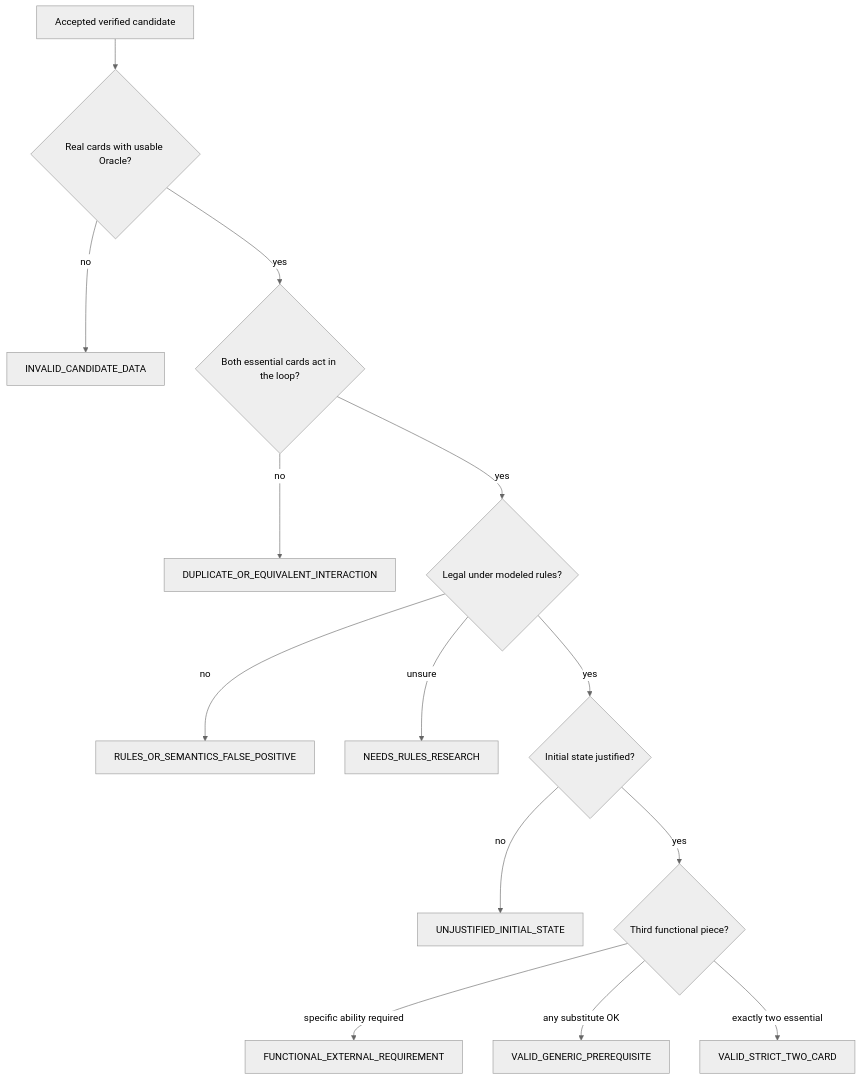
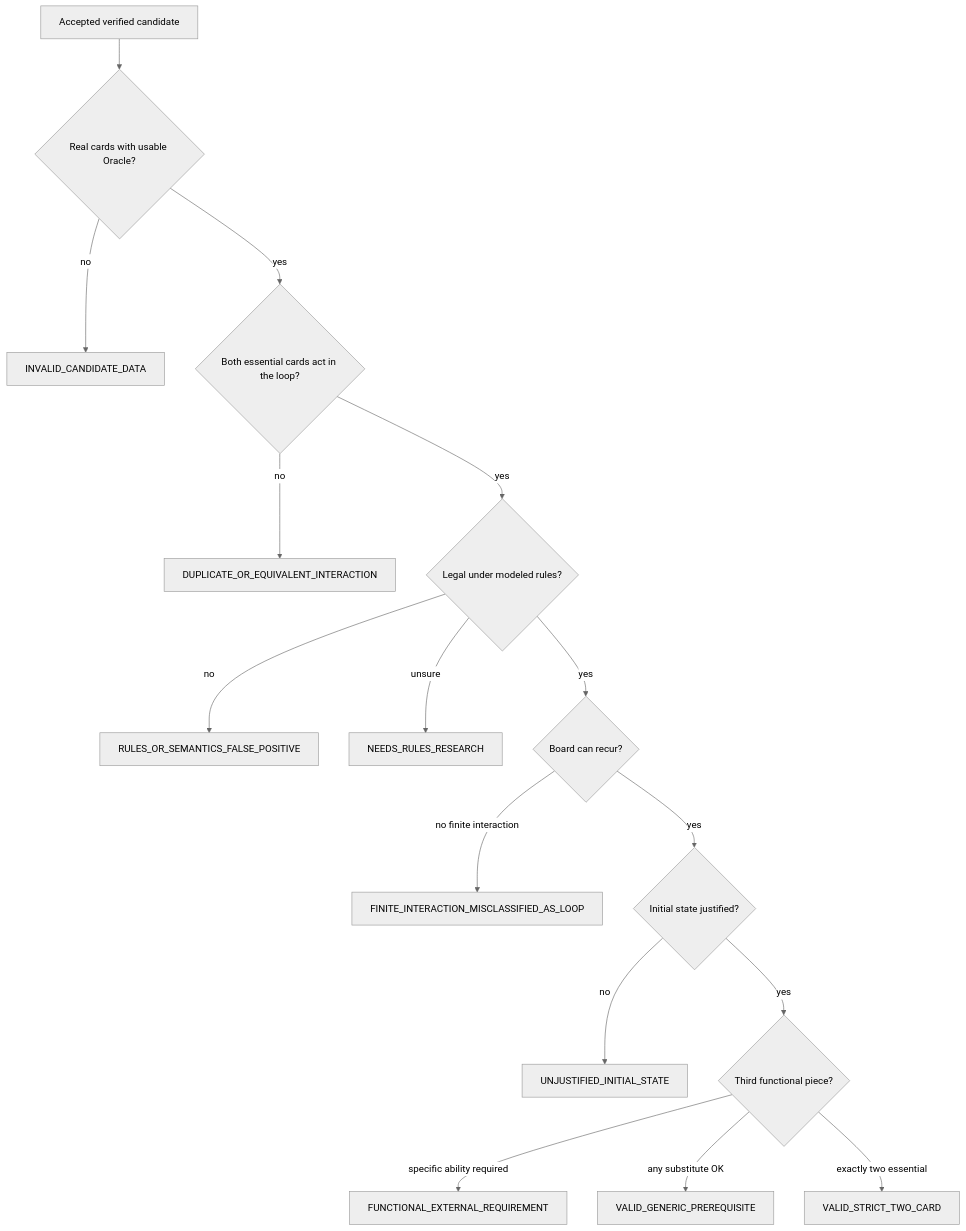
Before and after one commit to witzbeck/mtg-loop-engine: the diagram in docs/ADJUDICATION.md, drawn with Mermaid (neutral theme). The commit also changed other lines of this file and 14 other files, not shown here.

First line of the commit message:
Fix Gond host recurrence FPs and widen finite-interaction taxonomy (#22)

````diff
--- a/docs/ADJUDICATION.md
+++ b/docs/ADJUDICATION.md
@@ -11,16 +11,18 @@
 ```mermaid
 graph TB;
   cand[Accepted verified candidate] --> data{Real cards with usable Oracle?};
   data -->|no| inv[INVALID_CANDIDATE_DATA];
   data -->|yes| part{Both essential cards act in the loop?};
   part -->|no| dup[DUPLICATE_OR_EQUIVALENT_INTERACTION];
   part -->|yes| legal{Legal under modeled rules?};
   legal -->|no| fp[RULES_OR_SEMANTICS_FALSE_POSITIVE];
   legal -->|unsure| needs[NEEDS_RULES_RESEARCH];
-  legal -->|yes| setup{Initial state justified?};
+  legal -->|yes| recur{Board can recur?};
+  recur -->|no finite interaction| finite[FINITE_INTERACTION_MISCLASSIFIED_AS_LOOP];
+  recur -->|yes| setup{Initial state justified?};
   setup -->|no| unjust[UNJUSTIFIED_INITIAL_STATE];
   setup -->|yes| third{Third functional piece?};
   third -->|specific ability required| ext[FUNCTIONAL_EXTERNAL_REQUIREMENT];
   third -->|any substitute OK| gen[VALID_GENERIC_PREREQUISITE];
   third -->|exactly two essential| strict[VALID_STRICT_TWO_CARD];
 ```
````
